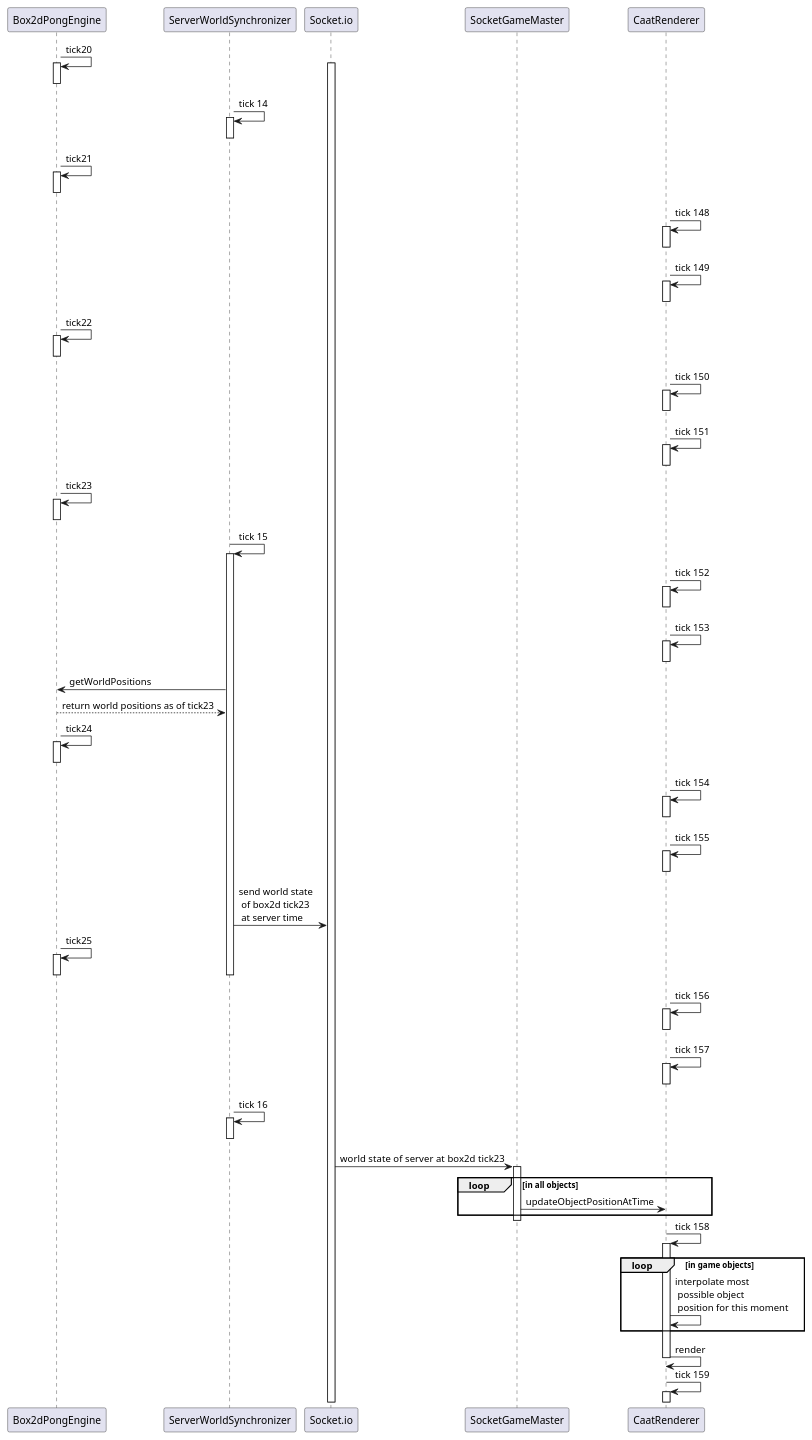
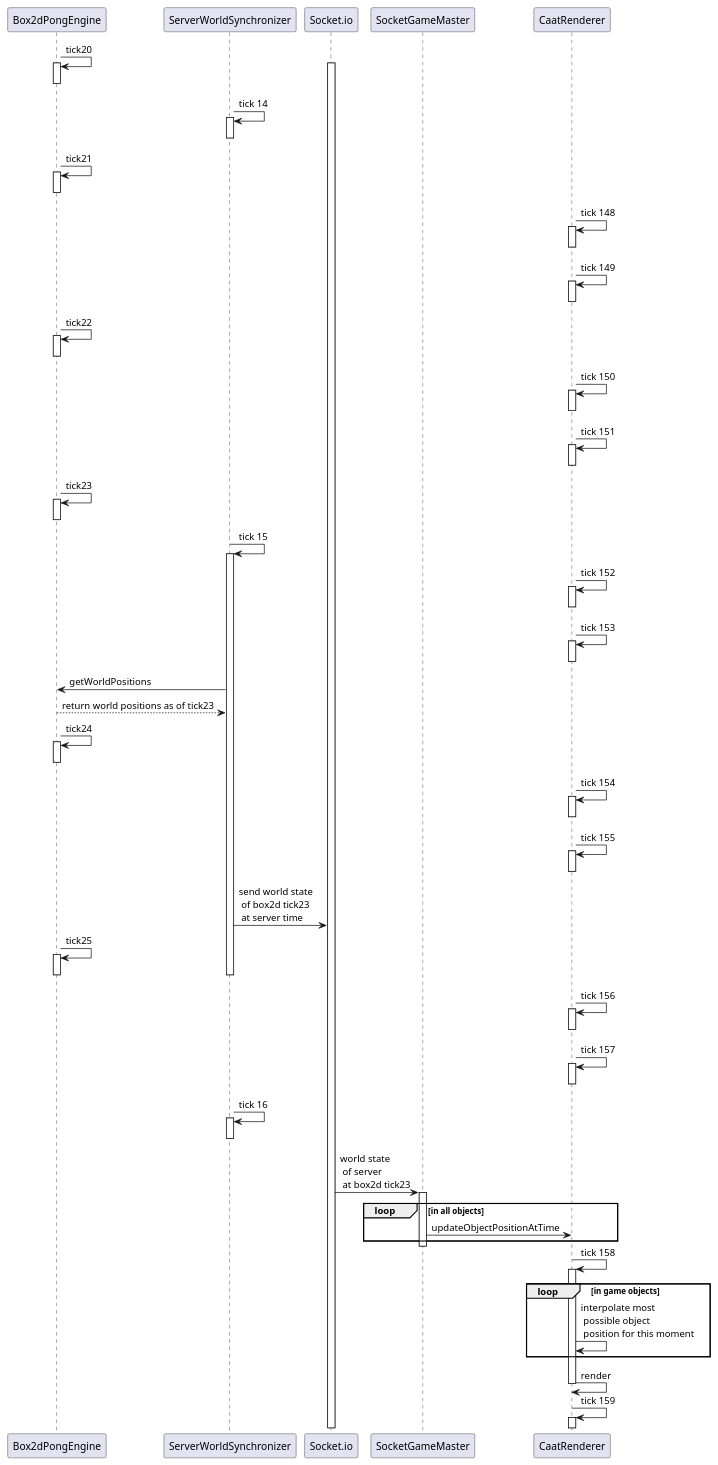
Before and after one commit to bestander/pong-mmo-www: the diagram in documentation/world-update-sequence.puml, drawn with PlantUML. The commit also changed 4 other files, not shown here.

```diff
--- a/documentation/world-update-sequence.puml
+++ b/documentation/world-update-sequence.puml
@@ -1,118 +1,138 @@
 @startuml
 
 participant Box2dPongEngine
 participant ServerWorldSynchronizer
 participant Socket.io
 participant SocketGameMaster
 participant CaatRenderer
 
 
+
 Box2dPongEngine->Box2dPongEngine: tick20
 activate Box2dPongEngine
 deactivate Box2dPongEngine
 
+'socket io laway active
 activate Socket.io
 
+'synchronization tick
 ServerWorldSynchronizer->ServerWorldSynchronizer: tick 14
 activate ServerWorldSynchronizer
 deactivate ServerWorldSynchronizer
 
+'box tick
 Box2dPongEngine->Box2dPongEngine: tick21
 activate Box2dPongEngine
 deactivate Box2dPongEngine
-
+'client rendering tick
 CaatRenderer->CaatRenderer: tick 148
 activate CaatRenderer
 deactivate CaatRenderer
 
+'client rendering tick
 CaatRenderer->CaatRenderer: tick 149
 activate CaatRenderer
 deactivate CaatRenderer
 
+'box tick
 Box2dPongEngine->Box2dPongEngine: tick22
 activate Box2dPongEngine
 deactivate Box2dPongEngine
 
+'client rendering tick
 CaatRenderer->CaatRenderer: tick 150
 activate CaatRenderer
 deactivate CaatRenderer
 
+'client rendering tick
 CaatRenderer->CaatRenderer: tick 151
 activate CaatRenderer
 deactivate CaatRenderer
 
 
+'box tick
 Box2dPongEngine->Box2dPongEngine: tick23
 activate Box2dPongEngine
 deactivate Box2dPongEngine
 
+'synchronization tick
 ServerWorldSynchronizer->ServerWorldSynchronizer: tick 15
 activate ServerWorldSynchronizer
 
+'client rendering tick
 CaatRenderer->CaatRenderer: tick 152
 activate CaatRenderer
 deactivate CaatRenderer
 
+'client rendering tick
 CaatRenderer->CaatRenderer: tick 153
 activate CaatRenderer
 deactivate CaatRenderer
 
 
 ServerWorldSynchronizer->Box2dPongEngine: getWorldPositions
 Box2dPongEngine-->ServerWorldSynchronizer: return world positions as of tick23
 
+'box tick
 Box2dPongEngine->Box2dPongEngine: tick24
 activate Box2dPongEngine
 deactivate Box2dPongEngine
 
+'client rendering tick
 CaatRenderer->CaatRenderer: tick 154
 activate CaatRenderer
 deactivate CaatRenderer
 
+'client rendering tick
 CaatRenderer->CaatRenderer: tick 155
 activate CaatRenderer
 deactivate CaatRenderer
 
 
 ServerWorldSynchronizer->Socket.io: send world state \n of box2d tick23 \n at server time
 
+'box tick
 Box2dPongEngine->Box2dPongEngine: tick25
 activate Box2dPongEngine
 deactivate Box2dPongEngine
 
 deactivate ServerWorldSynchronizer
 
+'client rendering tick
 CaatRenderer->CaatRenderer: tick 156
 activate CaatRenderer
 deactivate CaatRenderer
 
+'client rendering tick
 CaatRenderer->CaatRenderer: tick 157
 activate CaatRenderer
 deactivate CaatRenderer
 
 
+'synchronization tick
 ServerWorldSynchronizer->ServerWorldSynchronizer: tick 16
 activate ServerWorldSynchronizer
 deactivate ServerWorldSynchronizer
 
-Socket.io->SocketGameMaster: world state  of server at box2d tick23
+' client update
+Socket.io->SocketGameMaster: world state \n of server \n at box2d tick23
 activate SocketGameMaster
 
-
+'rendering of server info
 loop in all objects
 SocketGameMaster->CaatRenderer: updateObjectPositionAtTime
 end
 deactivate SocketGameMaster
 
+'client rendering tick
 CaatRenderer->CaatRenderer: tick 158
 activate CaatRenderer
 loop in game objects
 CaatRenderer->CaatRenderer: interpolate most \n possible object \n position for this moment
 end
 CaatRenderer->CaatRenderer: render
 deactivate CaatRenderer
 
 CaatRenderer->CaatRenderer: tick 159
 activate CaatRenderer
-
 @enduml
```
